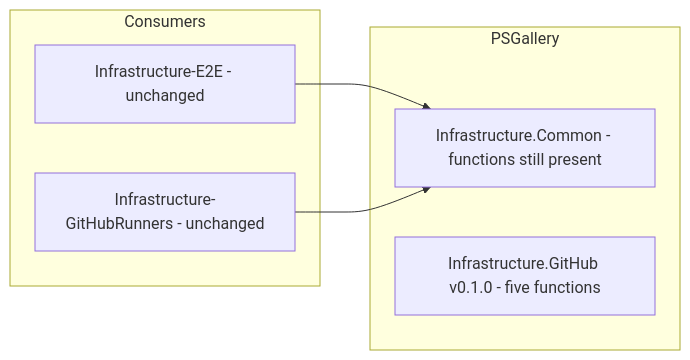
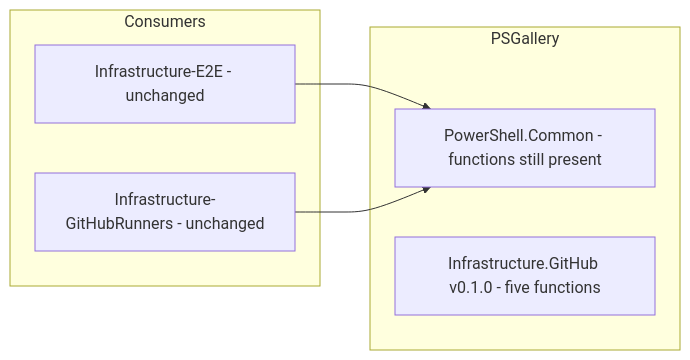
The second of 5 diagrams in docs/dev/implementation/-4 - extract Infrastructure.GitHub/plan.md (Klark-Morrigan/Common-PowerShell), drawn with Mermaid before and after one commit. The commit also changed other lines of this file and 57 other files, not shown here.

Commit message:
chore: rename repo to PowerShell-Common

````diff
--- a/docs/dev/implementation/-4 - extract Infrastructure.GitHub/plan.md
+++ b/docs/dev/implementation/-4 - extract Infrastructure.GitHub/plan.md
@@ -175,13 +175,13 @@
 ```mermaid
 graph LR
   subgraph PSGallery
-    Common[Infrastructure.Common - functions still present]
+    Common[PowerShell.Common - functions still present]
     GitHub[Infrastructure.GitHub v0.1.0 - five functions]
   end
   subgraph Consumers
     E2E[Infrastructure-E2E - unchanged]
     Runners[Infrastructure-GitHubRunners - unchanged]
   end
   E2E --> Common
   Runners --> Common
 ```
````
